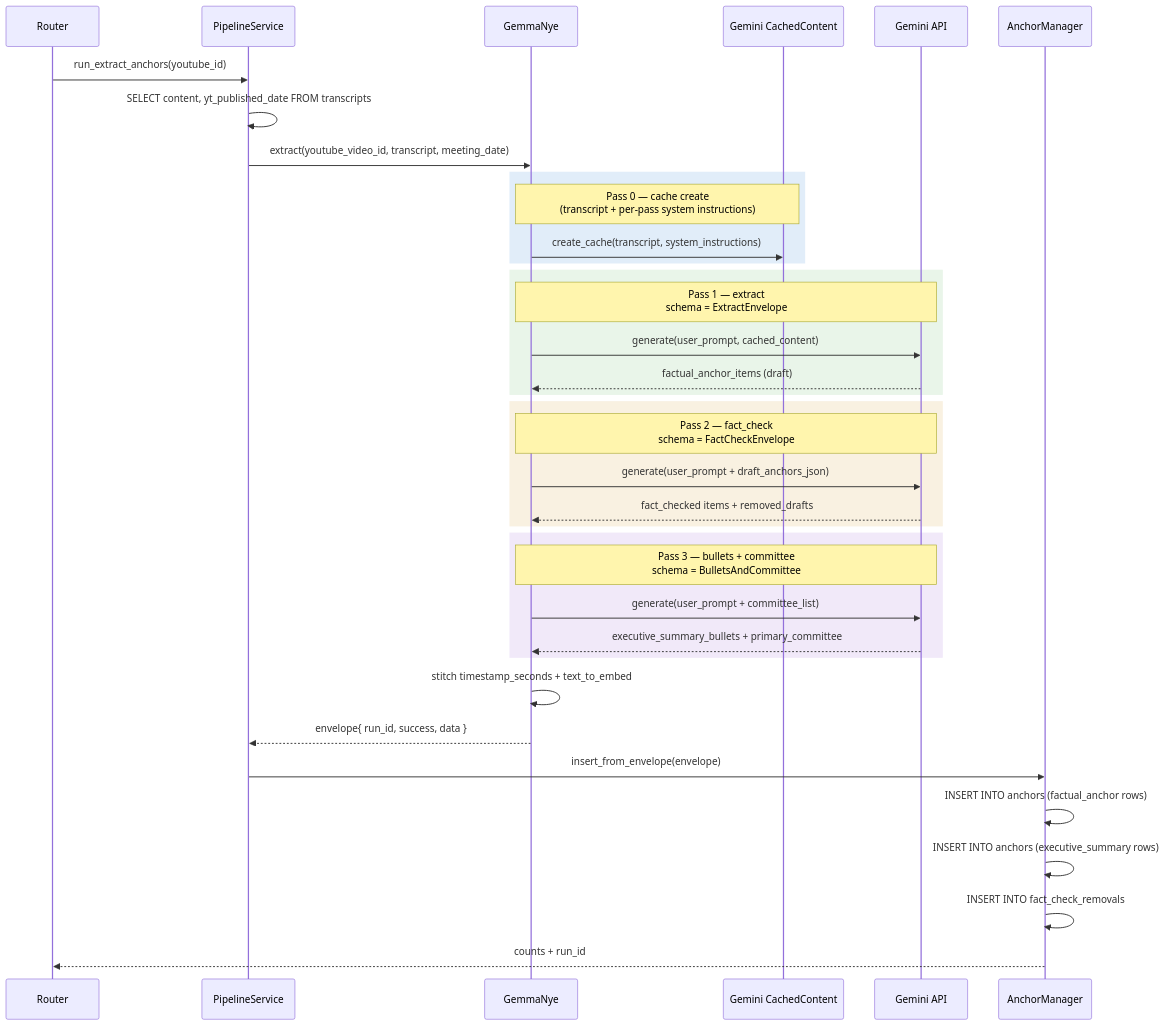
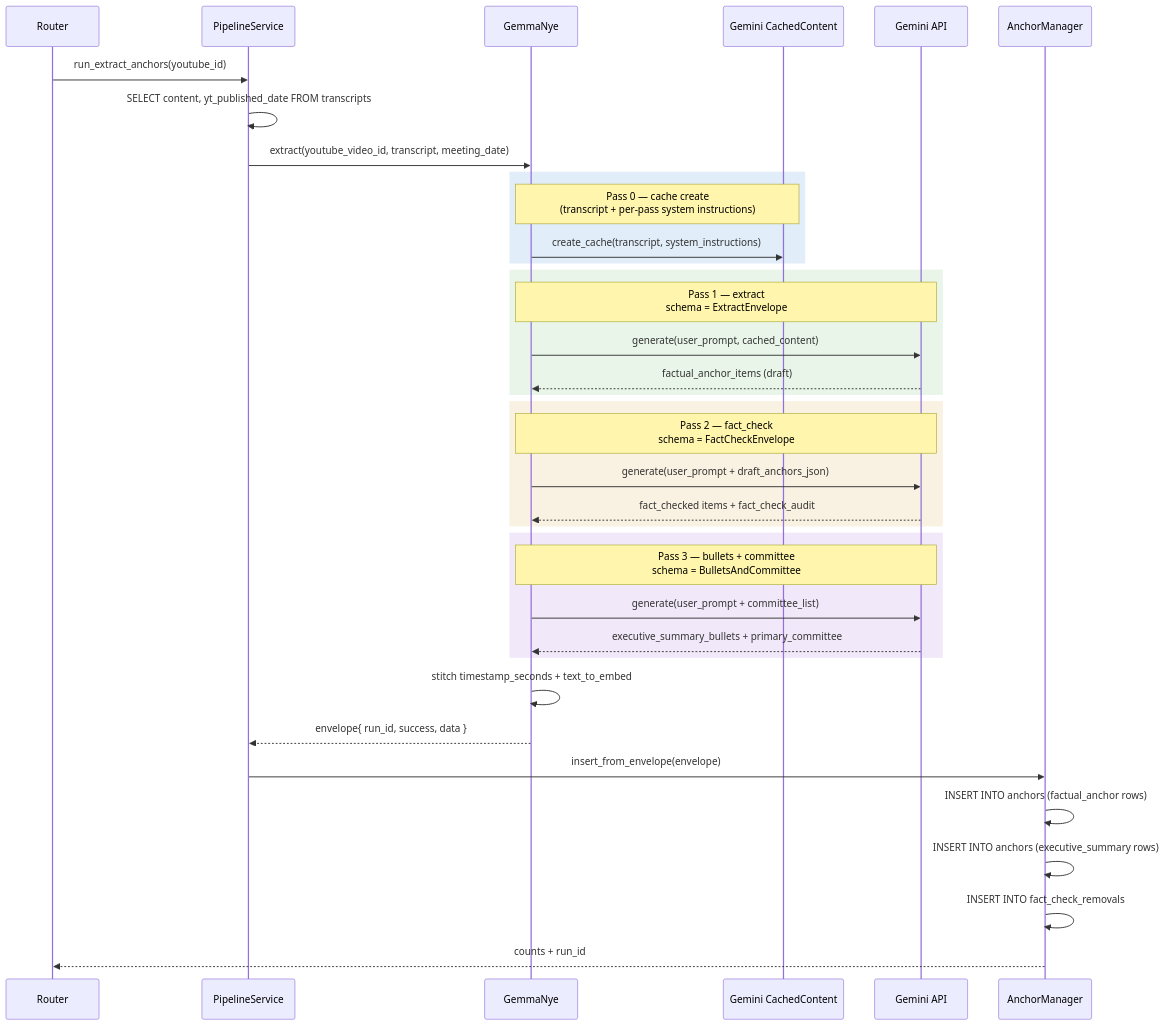
One commit to liquidloose/fall-river-mirror changed the fourth of 5 diagrams in docs/pipeline-visualization.md. Above: the diagram before and after it, drawn with Mermaid. The commit also changed other lines of this file and 6 other files, not shown here.

````diff
--- a/docs/pipeline-visualization.md
+++ b/docs/pipeline-visualization.md
@@ -148,44 +148,44 @@
 ```mermaid
 sequenceDiagram
   participant R as Router
   participant PS as PipelineService
   participant G as GemmaNye
   participant CC as Gemini CachedContent
   participant API as Gemini API
   participant AM as AnchorManager
 
   R->>PS: run_extract_anchors(youtube_id)
   PS->>PS: SELECT content, yt_published_date FROM transcripts
   PS->>G: extract(youtube_video_id, transcript, meeting_date)
 
   rect rgba(180,210,240,0.4)
     Note over G,CC: Pass 0 — cache create<br/>(transcript + per-pass system instructions)
     G->>CC: create_cache(transcript, system_instructions)
   end
 
   rect rgba(200,230,200,0.4)
     Note over G,API: Pass 1 — extract<br/>schema = ExtractEnvelope
     G->>API: generate(user_prompt, cached_content)
     API-->>G: factual_anchor_items (draft)
   end
 
   rect rgba(240,220,180,0.4)
     Note over G,API: Pass 2 — fact_check<br/>schema = FactCheckEnvelope
     G->>API: generate(user_prompt + draft_anchors_json)
-    API-->>G: fact_checked items + removed_drafts
+    API-->>G: fact_checked items + fact_check_audit
   end
 
   rect rgba(220,200,240,0.4)
     Note over G,API: Pass 3 — bullets + committee<br/>schema = BulletsAndCommittee
     G->>API: generate(user_prompt + committee_list)
     API-->>G: executive_summary_bullets + primary_committee
   end
 
   G->>G: stitch timestamp_seconds + text_to_embed
   G-->>PS: envelope{ run_id, success, data }
   PS->>AM: insert_from_envelope(envelope)
   AM->>AM: INSERT INTO anchors (factual_anchor rows)
   AM->>AM: INSERT INTO anchors (executive_summary rows)
   AM->>AM: INSERT INTO fact_check_removals
   AM-->>R: counts + run_id
 ```
````
